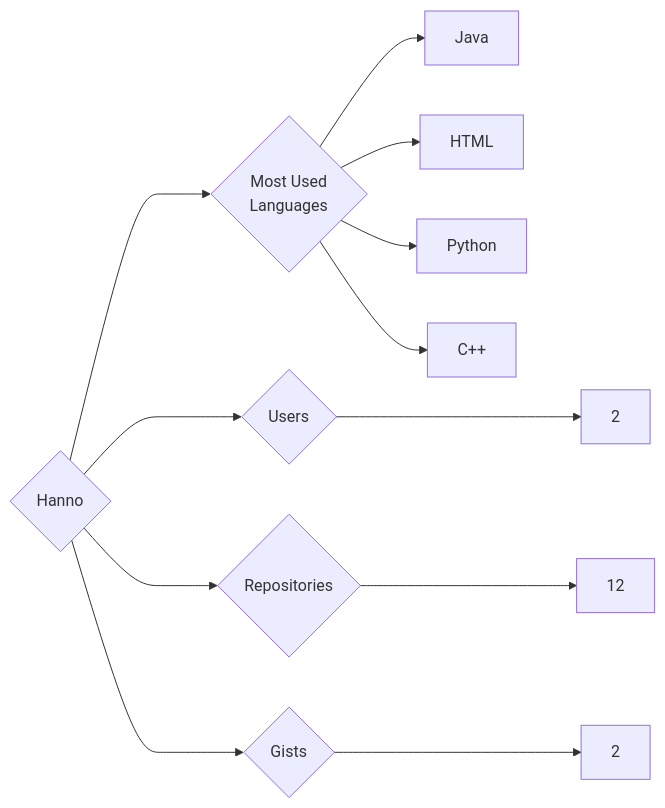
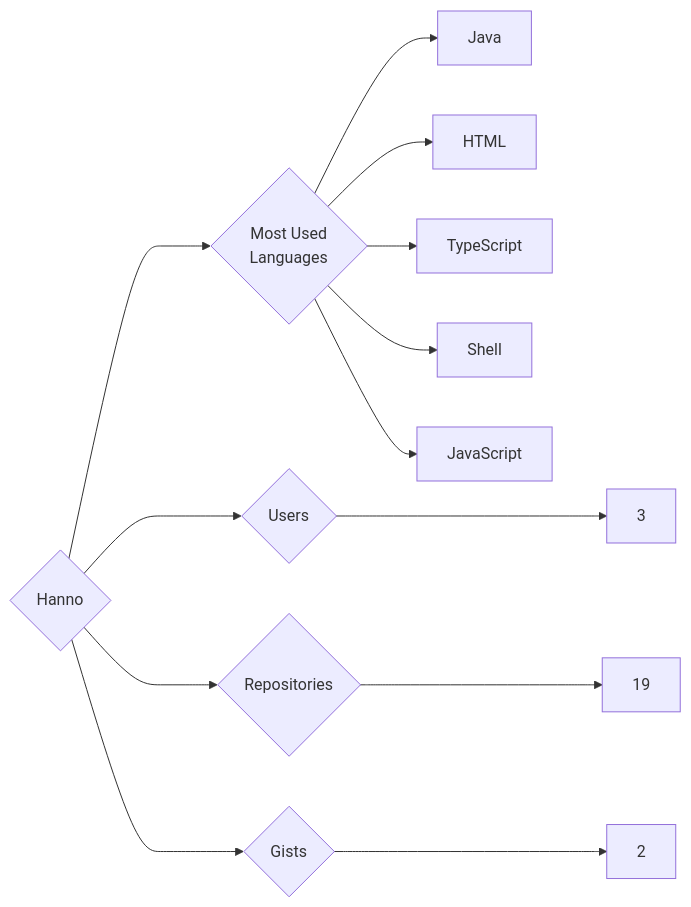
Before and after one commit to trickest/insiders: the diagram in targets/Hanno/README.md, drawn with Mermaid. The commit also changed 440 other files, not shown here.

````diff
--- a/targets/Hanno/README.md
+++ b/targets/Hanno/README.md
@@ -3,12 +3,13 @@
 ```mermaid
 graph LR
 COMPANY_NAME{Hanno}
-COMPANY_NAME ---> U{Users} ---> UN[2]
-COMPANY_NAME ---> R{Repositories} ---> RN[12]
+COMPANY_NAME ---> U{Users} ---> UN[3]
+COMPANY_NAME ---> R{Repositories} ---> RN[19]
 COMPANY_NAME ---> G{Gists} ---> GN[2]
 COMPANY_NAME ---> ML{Most Used<br>Languages}
 ML --> Java[Java]
 ML --> HTML[HTML]
-ML --> Python[Python]
-ML --> C++[C++]
+ML --> TypeScript[TypeScript]
+ML --> Shell[Shell]
+ML --> JavaScript[JavaScript]
 ```
````
